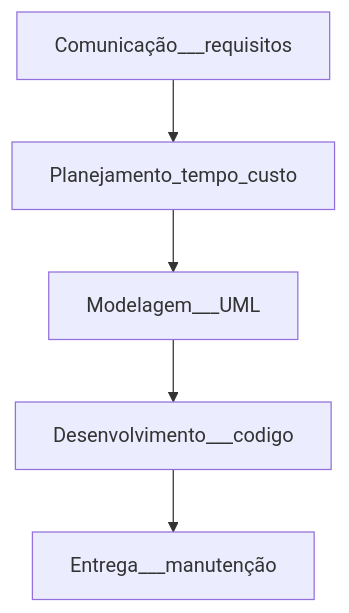
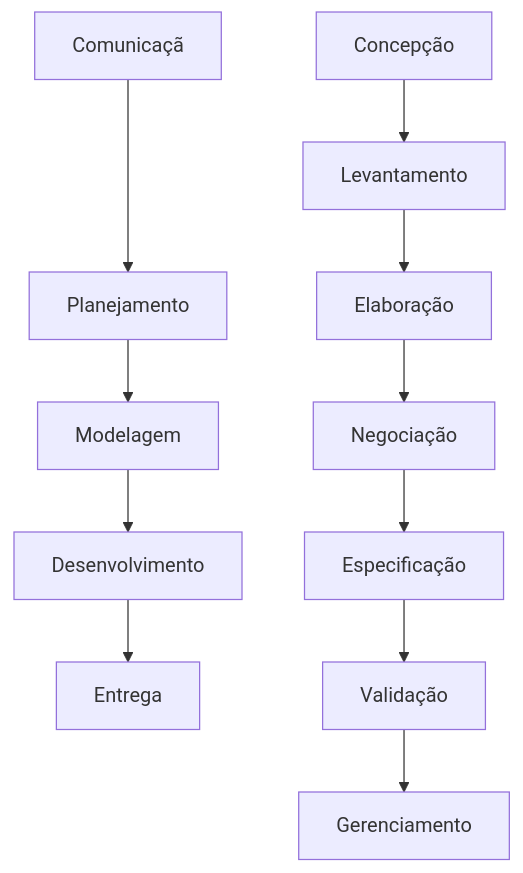
The diagram in Engenharia e Requisitos de Software/aula_06 26.03.md (vanessacezarn/3_Semestre), drawn with Mermaid before and after one commit. The commit also changed other lines of this file, not shown here.

Commit message:
Update aula_06 26.03.md

````diff
--- a/Engenharia e Requisitos de Software/aula_06 26.03.md
+++ b/Engenharia e Requisitos de Software/aula_06 26.03.md
@@ -5,7 +5,13 @@
 ```mermaid
 graph TD;
-    Comunicação___requisitos --> Planejamento_tempo_custo ;
-    Planejamento_tempo_custo --> Modelagem___UML;
-    Modelagem___UML--> Desenvolvimento___codigo;
-    Desenvolvimento___codigo--> Entrega___manutenção;;
+    Comunicação--> Planejamento ;
+    Planejamento--> Modelagem;
+    Modelagem--> Desenvolvimento;
+    Desenvolvimento--> Entrega;
+    Concepção --> Levantamento;
+    Levantamento --> Elaboração;
+    Elaboração --> Negociação;
+    Negociação --> Especificação;
+    Especificação --> Validação;
+    Validação --> Gerenciamento;
 ```
````
